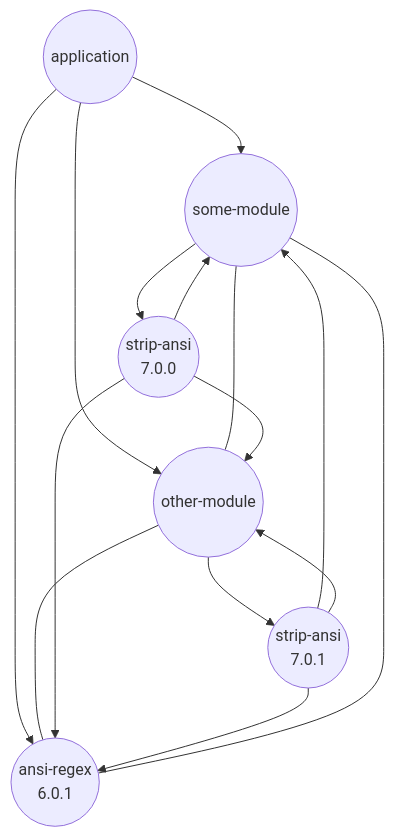
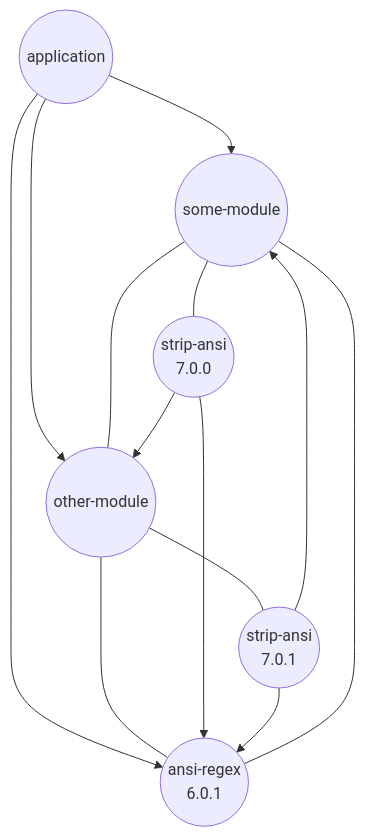
Before and after one commit to CycloneDX/cyclonedx-node-npm: the second of 2 diagrams in docs/result.md, drawn with Mermaid.

````diff
--- a/docs/result.md
+++ b/docs/result.md
@@ -85,23 +85,21 @@
 ```mermaid
 graph TB
     R  --> A
     R  --> B
     R  --> C
     A  --- B
     B  --- C
     C  --- A
-    A  --> D1
-    B  --> D2
-    D1 --> A
+    A  --- D1
+    B  --- D2
     D1 --> B
     D2 --> A
-    D2 --> B
     D1 --> C
     D2 --> C
     R((application))
     A((some-module))
     B((other-module))
     C((ansi-regex<br/>6.0.1))
     D1((strip-ansi<br/>7.0.0))
     D2((strip-ansi<br/>7.0.1))
 ```
````
